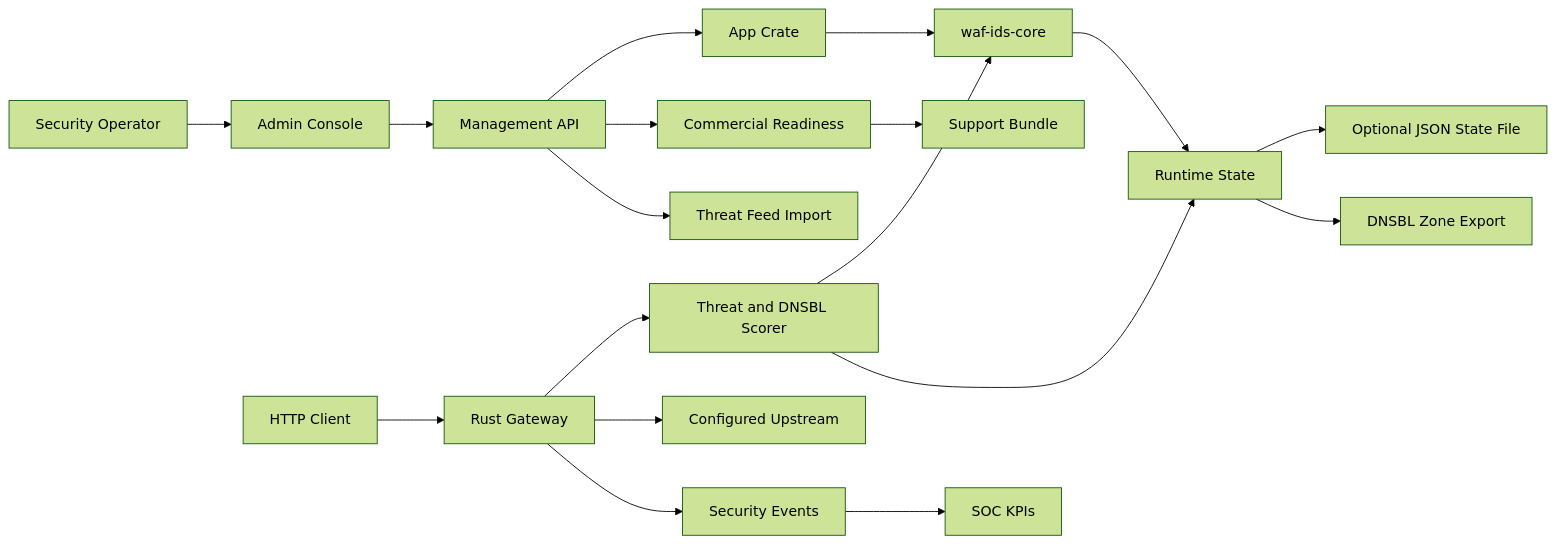
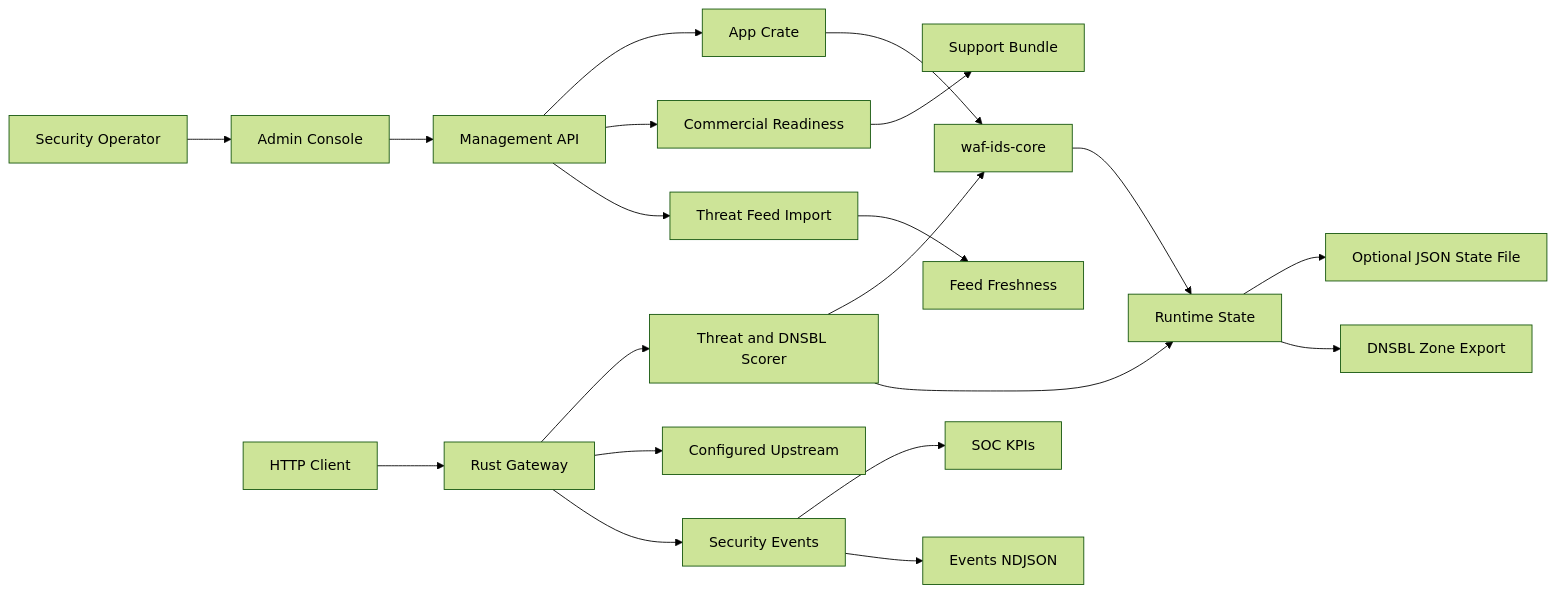
One commit to ContextualWisdomLab/wardnet changed the diagram in docs/architecture.md. Above: the diagram before and after it, drawn with Mermaid (forest theme). The commit also changed other lines of this file and 13 other files, not shown here.

Commit message:
Add feed freshness and SOC export evidence

````diff
--- a/docs/architecture.md
+++ b/docs/architecture.md
@@ -5,20 +5,22 @@
 ```mermaid
 flowchart LR
   operator["Security Operator"] --> admin["Admin Console"]
   admin --> api["Management API"]
   api --> app["App Crate"]
   app --> core["waf-ids-core"]
   core --> state["Runtime State"]
   state --> file["Optional JSON State File"]
   client["HTTP Client"] --> gateway["Rust Gateway"]
   gateway --> scorer["Threat and DNSBL Scorer"]
   scorer --> core
   scorer --> state
   gateway --> upstream["Configured Upstream"]
   gateway --> events["Security Events"]
   events --> kpis["SOC KPIs"]
+  events --> eventExport["Events NDJSON"]
   state --> zone["DNSBL Zone Export"]
   api --> commercial["Commercial Readiness"]
   api --> feeds["Threat Feed Import"]
+  feeds --> freshness["Feed Freshness"]
   commercial --> bundle["Support Bundle"]
 ```
````
